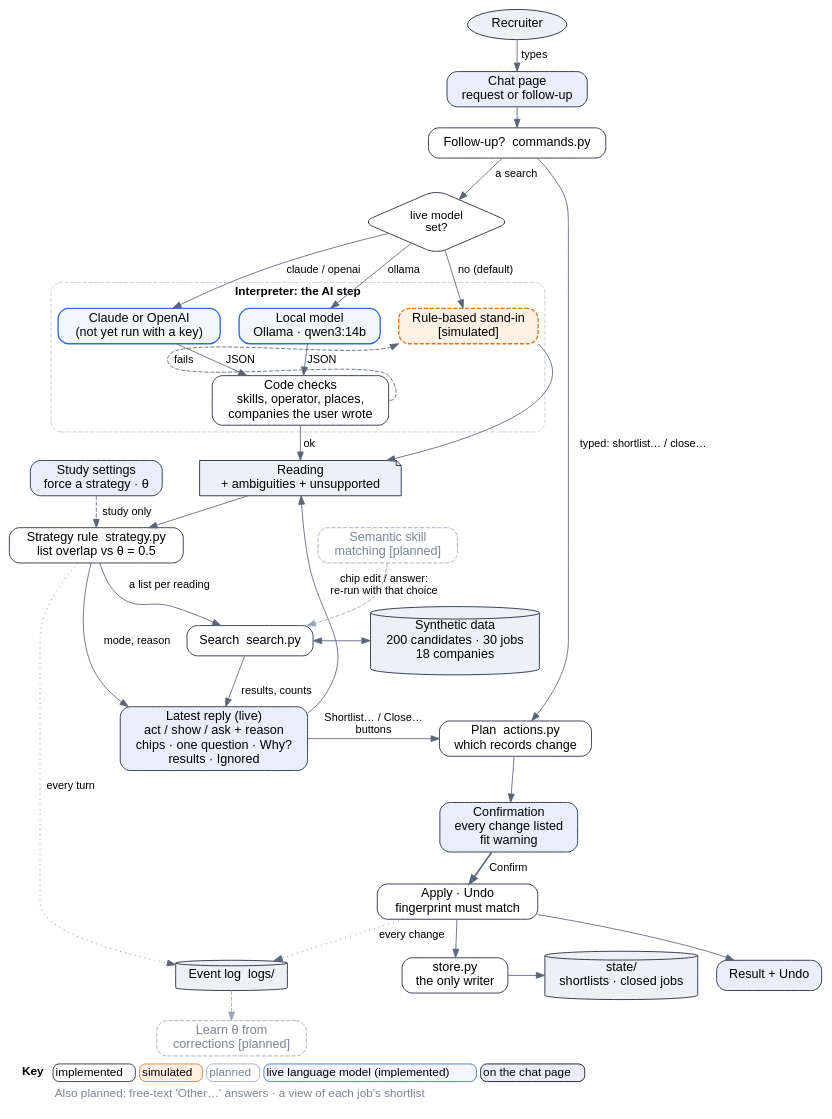
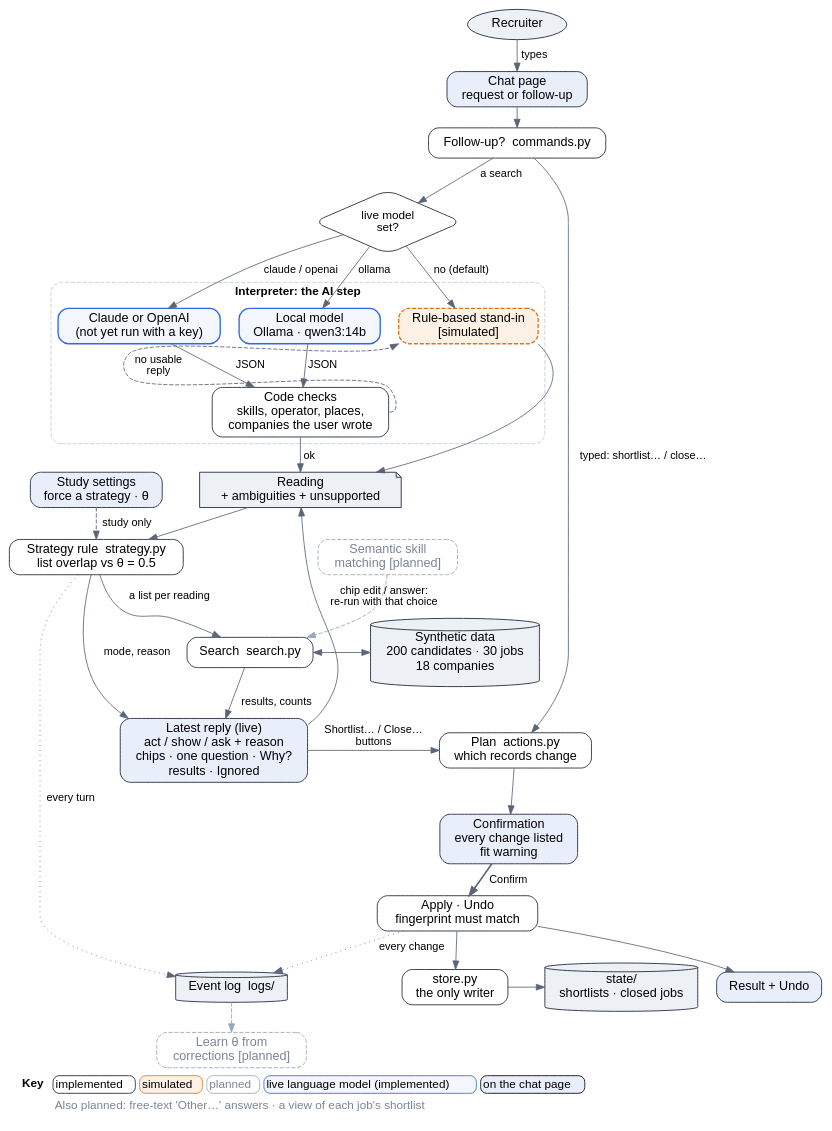
One commit to ar-pavel/ambiguity-aware-ai-search changed the diagram in docs/system.dot. Above: the diagram before and after it, drawn with Graphviz. The commit also changed 3 other files, not shown here.

First line of the commit message:
docs: label the fallback arrow and record the diagram and test changes

```diff
--- a/docs/system.dot
+++ b/docs/system.dot
@@ -1,95 +1,95 @@
 // System diagram. Render: dot -Tpng -Gdpi=200 docs/system.dot -o docs/system.png && dot -Tsvg docs/system.dot -o docs/system.svg
 // Left column: reading a request (top to bottom). Right column: changing records.
 // Border marks status: solid = implemented, orange dashed = simulated, grey dashed = planned,
 // blue = a live language model (implemented). Blue fill = on the chat page (web/); white = server (assistant/);
 // cylinders = files on disk.
 digraph system {
   rankdir=TB; nodesep=0.3; ranksep=0.32; newrank=true;
   node [shape=box, style="rounded,filled", fillcolor="#ffffff", color="#172033", fontname="Helvetica", fontsize=15];
   edge [fontname="Helvetica", fontsize=13, color="#5b6578"];
 
   recruiter [label="Recruiter", shape=ellipse, fillcolor="#edf1f6"];
   request [label="Chat page\nrequest or follow-up", fillcolor="#e8effb"];
   settings [label="Study settings\nforce a strategy · θ", fillcolor="#e8effb"];
   cmd [label="Follow-up?  commands.py"];
   route [label="live model\nset?", shape=diamond, fontsize=14];
 
   subgraph cluster_interp {
     label="Interpreter: the AI step"; labelloc=t; fontname="Helvetica-Bold"; fontsize=14;
     color="#c4ccd8"; style="rounded,dashed";
     ollama [label="Local model\nOllama · qwen3:14b", fillcolor="#f3f6fc", color="#2f6bdb", penwidth=1.6];
     cloud [label="Claude or OpenAI\n(not yet run with a key)", fillcolor="#f3f6fc", color="#2f6bdb", penwidth=1.6];
     rules [label="Rule-based stand-in\n[simulated]", style="rounded,filled,dashed", fillcolor="#fdf1e6", color="#d9771f", penwidth=1.6];
     checks [label="Code checks\nskills, operator, places,\ncompanies the user wrote"];
   }
 
   reading [label="Reading\n+ ambiguities + unsupported", shape=note, fillcolor="#edf1f6"];
   rule [label="Strategy rule  strategy.py\nlist overlap vs θ = 0.5"];
   search [label="Search  search.py"];
   reply [label="Latest reply (live)\nact / show / ask + reason\nchips · one question · Why?\nresults · Ignored", fillcolor="#e8effb"];
 
   plan [label="Plan  actions.py\nwhich records change"];
   confirm [label="Confirmation\nevery change listed\nfit warning", fillcolor="#e8effb"];
   apply [label="Apply · Undo\nfingerprint must match"];
   store [label="store.py\nthe only writer"];
   result [label="Result + Undo", fillcolor="#e8effb"];
 
   data [label="Synthetic data\n200 candidates · 30 jobs\n18 companies", shape=cylinder, fillcolor="#edf1f6"];
   state [label="state/\nshortlists · closed jobs", shape=cylinder, fillcolor="#edf1f6"];
   log [label="Event log  logs/", shape=cylinder, fillcolor="#edf1f6"];
 
   learn [label="Learn θ from\ncorrections [planned]", style="rounded,dashed", color="#9aa5b8", fontcolor="#7b8597"];
   semantic [label="Semantic skill\nmatching [planned]", style="rounded,dashed", color="#9aa5b8", fontcolor="#7b8597"];
 
   {rank=same; reading; settings}
   {rank=same; ollama; cloud; rules}
   {rank=same; search; data}
   {rank=same; reply; plan}
   {rank=same; store; state}
 
   // reading a request
   recruiter -> request [label=" types"];
   request -> cmd;
   cmd -> route [label=" a search"];
   route -> ollama [label="ollama"];
   route -> cloud [label="claude / openai"];
   route -> rules [label="no (default)"];
   ollama -> checks [label=" JSON"];
   cloud -> checks [label=" JSON"];
-  checks:e -> rules:sw [label=" fails", style=dashed, constraint=false];
+  checks:e -> rules:sw [label=" no usable\n reply", style=dashed, constraint=false];
   checks -> reading [label=" ok"];
   rules:se -> reading;
   reading -> rule;
   settings -> rule [style=dashed, label=" study only"];
   rule -> search [label=" a list per reading"];
   search -> data [dir=both, constraint=false];
   search -> reply [label=" results, counts"];
   rule -> reply [label=" mode, reason"];
   reply -> reading [label=" chip edit / answer:\n re-run with that choice", constraint=false];
   semantic -> search [style=dashed, color="#9aa5b8"];
 
   // changing records
   reply -> plan [label=" Shortlist… / Close…\n buttons"];
   cmd -> plan [label=" typed: shortlist… / close…"];
   plan -> confirm;
   confirm -> apply [label=" Confirm", style=bold];
   apply -> store;
   store -> state;
   apply -> result;
 
   // evaluation
   rule -> log [style=dotted, label=" every turn"];
   apply -> log [style=dotted, label=" every change"];
   log -> learn [style=dashed, color="#9aa5b8"];
 
   labelloc=b; labeljust=l; fontname="Helvetica"; fontsize=14;
   label=<<table border="0" cellborder="0" cellspacing="5">
     <tr><td align="left"><b>Key</b></td>
         <td border="1" style="rounded" color="#172033">implemented</td>
         <td border="1" style="rounded" color="#d9771f" bgcolor="#fdf1e6">simulated</td>
         <td border="1" style="rounded" color="#9aa5b8"><font color="#7b8597">planned</font></td>
         <td border="1" style="rounded" color="#2f6bdb" bgcolor="#f3f6fc">live language model (implemented)</td>
         <td border="1" style="rounded" bgcolor="#e8effb">on the chat page</td></tr>
     <tr><td></td><td colspan="5" align="left"><font color="#7b8597">Also planned: free-text 'Other…' answers · a view of each job's shortlist</font></td></tr>
   </table>>;
 }
```
